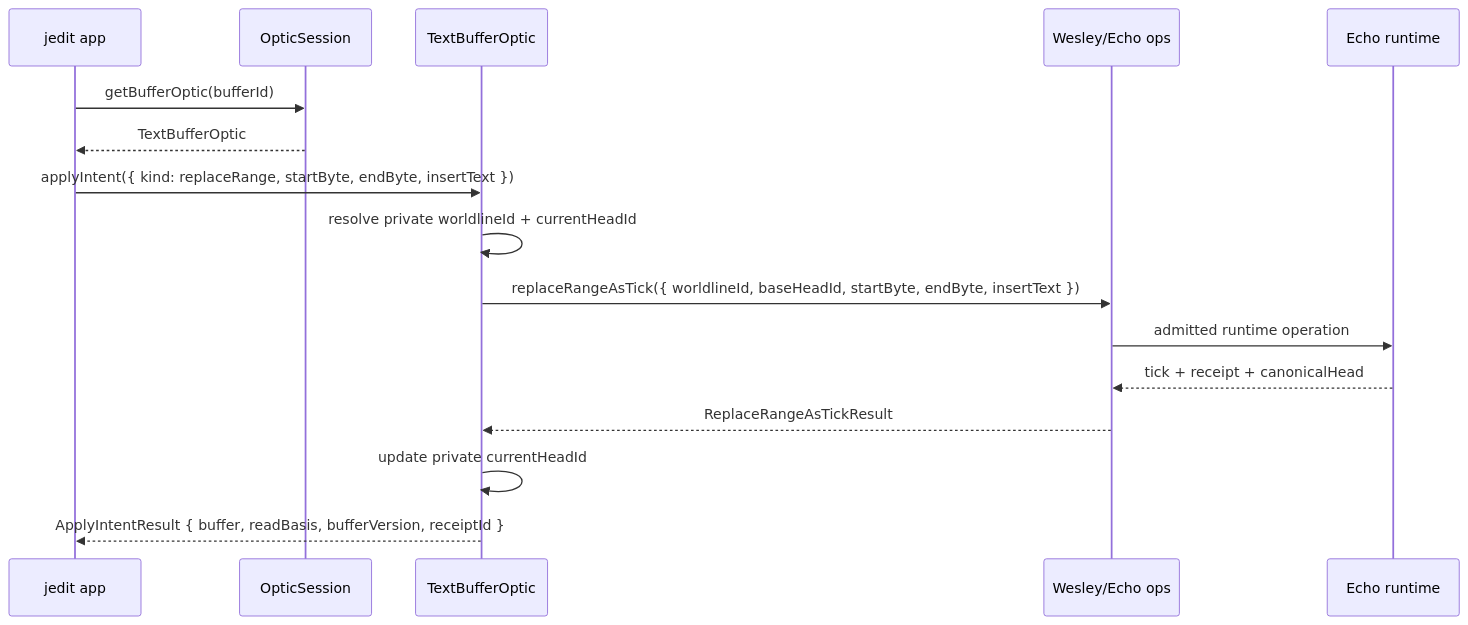
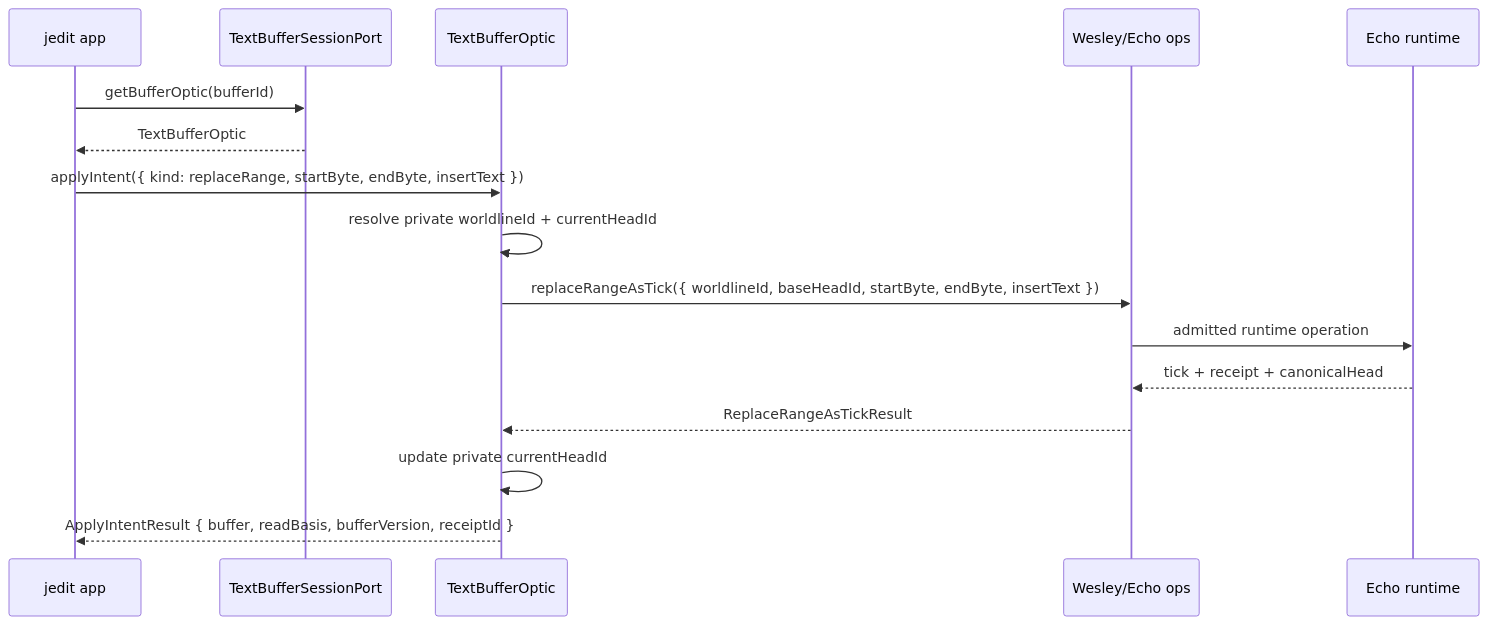
Before and after one commit to flyingrobots/jedit: the fourth of 4 diagrams in docs/data-model.md, drawn with Mermaid. The commit also changed other lines of this file and 21 other files, not shown here.

Commit message:
refactor(echo): put text buffer session behind port

````diff
--- a/docs/data-model.md
+++ b/docs/data-model.md
@@ -485,20 +485,20 @@
 ```mermaid
 sequenceDiagram
   participant App as jedit app
-  participant S as OpticSession
+  participant S as TextBufferSessionPort
   participant O as TextBufferOptic
   participant W as Wesley/Echo ops
   participant R as Echo runtime
 
   App->>S: getBufferOptic(bufferId)
   S-->>App: TextBufferOptic
 
   App->>O: applyIntent({ kind: replaceRange, startByte, endByte, insertText })
   O->>O: resolve private worldlineId + currentHeadId
   O->>W: replaceRangeAsTick({ worldlineId, baseHeadId, startByte, endByte, insertText })
   W->>R: admitted runtime operation
   R-->>W: tick + receipt + canonicalHead
   W-->>O: ReplaceRangeAsTickResult
   O->>O: update private currentHeadId
   O-->>App: ApplyIntentResult { buffer, readBasis, bufferVersion, receiptId }
 ```
````
